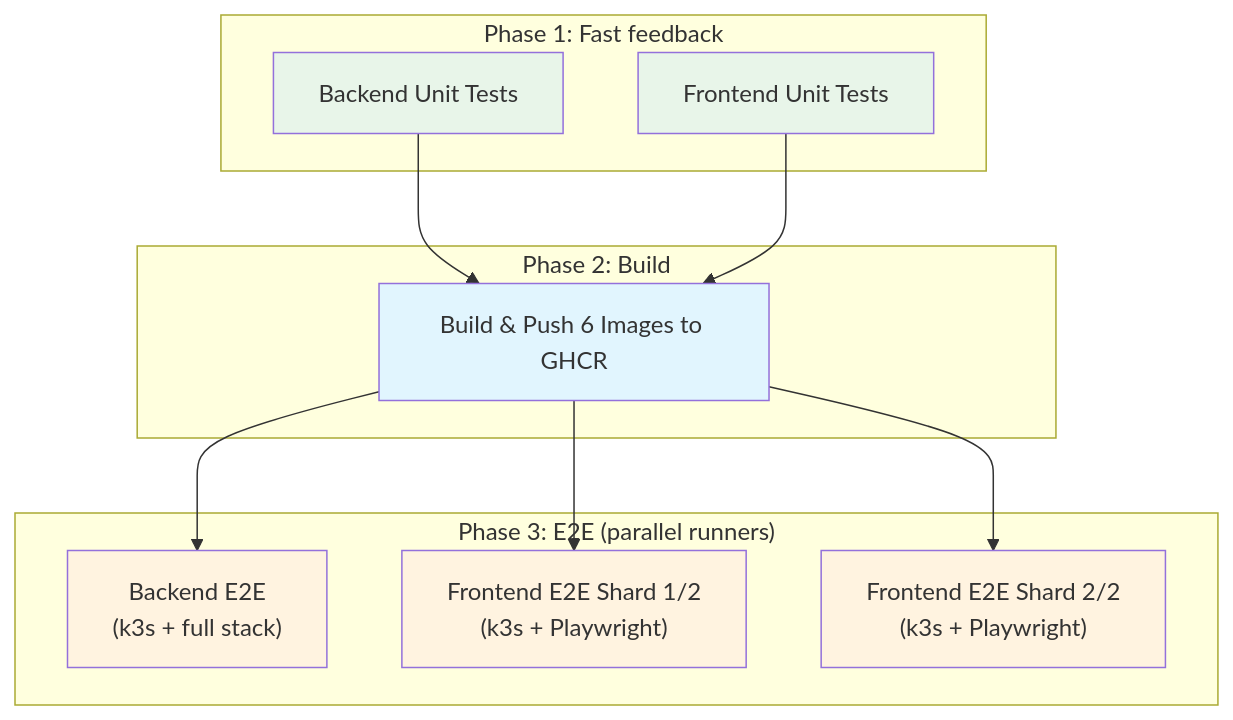
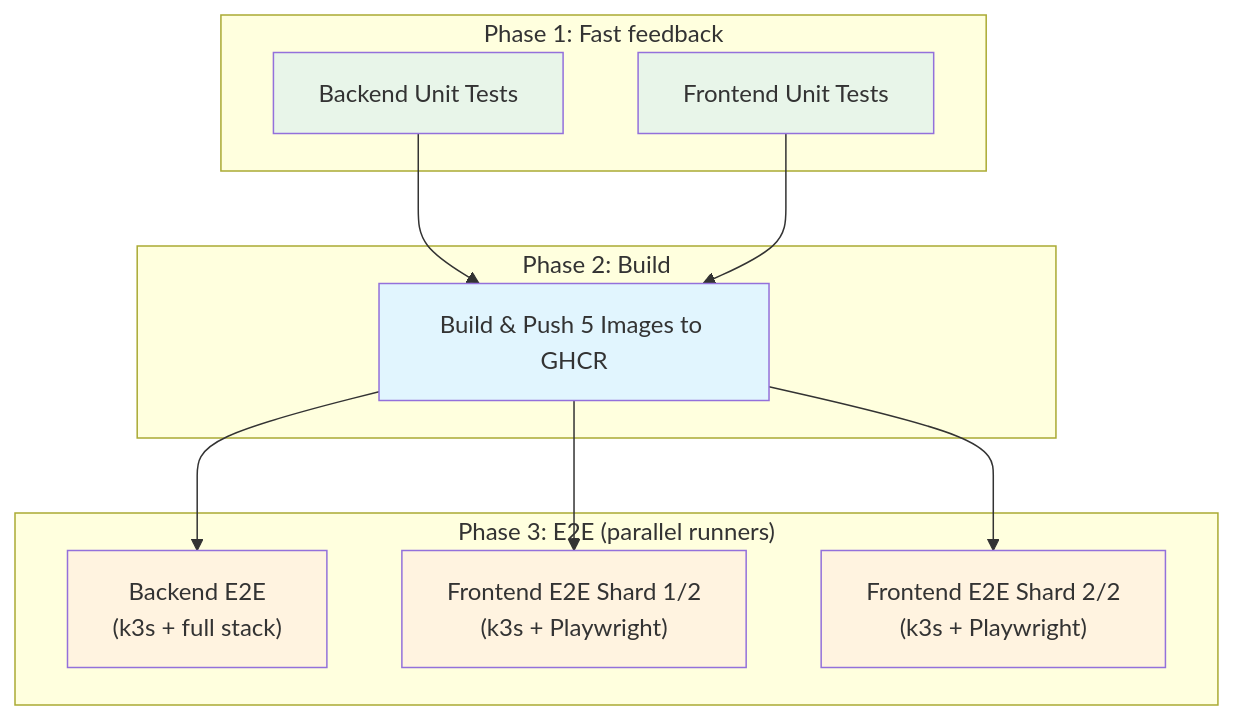
Before and after one commit to HardMax71/Integr8sCode: the second of 4 diagrams in docs/operations/cicd.md, drawn with Mermaid. The commit also changed other lines of this file and 14 other files, not shown here.

````diff
--- a/docs/operations/cicd.md
+++ b/docs/operations/cicd.md
@@ -98,28 +98,28 @@
 ```mermaid
 graph TD
     subgraph "Phase 1: Fast feedback"
         A["Backend Unit Tests"]
         B["Frontend Unit Tests"]
     end
 
     subgraph "Phase 2: Build"
-        C["Build & Push 6 Images to GHCR"]
+        C["Build & Push 5 Images to GHCR"]
     end
 
     subgraph "Phase 3: E2E (parallel runners)"
         D["Backend E2E<br/>(k3s + full stack)"]
         E["Frontend E2E Shard 1/2<br/>(k3s + Playwright)"]
         F["Frontend E2E Shard 2/2<br/>(k3s + Playwright)"]
     end
 
     A --> C
     B --> C
     C --> D & E & F
 
     style A fill:#e8f5e9
     style B fill:#e8f5e9
     style C fill:#e1f5fe
     style D fill:#fff3e0
     style E fill:#fff3e0
     style F fill:#fff3e0
 ```
````
